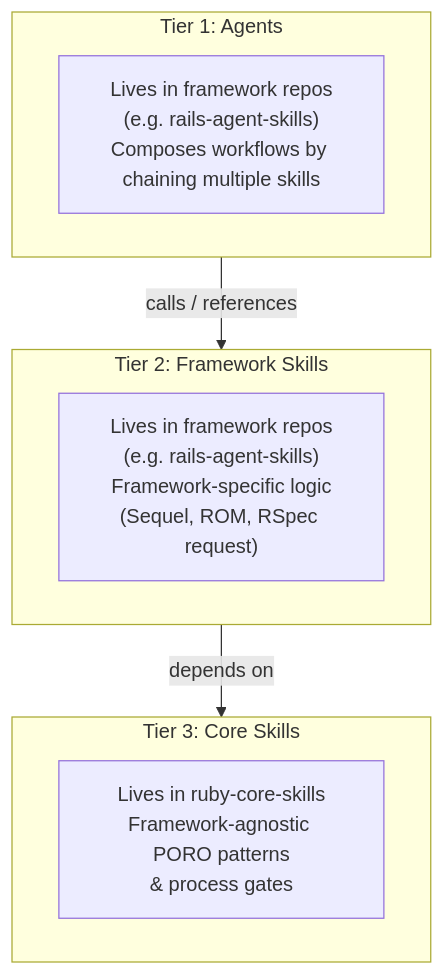
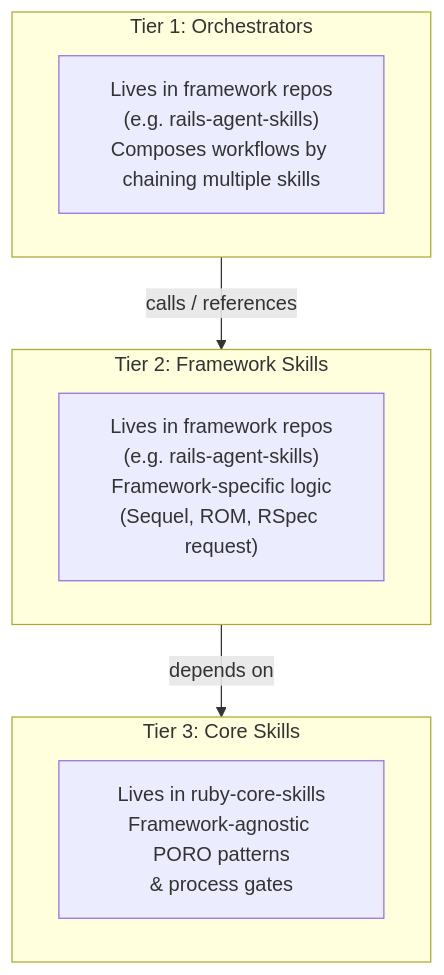
Before and after one commit to igmarin/ruby-core-skills: the diagram in docs/architecture.md, drawn with Mermaid. The commit also changed other lines of this file and 14 other files, not shown here.

````diff
--- a/docs/architecture.md
+++ b/docs/architecture.md
@@ -22,14 +22,14 @@
 ```mermaid
 flowchart TB
-    subgraph tier1["Tier 1: Agents"]
+    subgraph tier1["Tier 1: Orchestrators"]
         a["Lives in framework repos<br/>(e.g. rails-agent-skills)<br/>Composes workflows by chaining multiple skills"]
     end
     subgraph tier2["Tier 2: Framework Skills"]
         b["Lives in framework repos<br/>(e.g. rails-agent-skills)<br/>Framework-specific logic<br/>(Sequel, ROM, RSpec request)"]
     end
     subgraph tier3["Tier 3: Core Skills"]
         c["Lives in ruby-core-skills<br/>Framework-agnostic PORO patterns<br/>&amp; process gates"]
     end
     tier1 -->|"calls / references"| tier2
     tier2 -->|"depends on"| tier3
 ```
````
